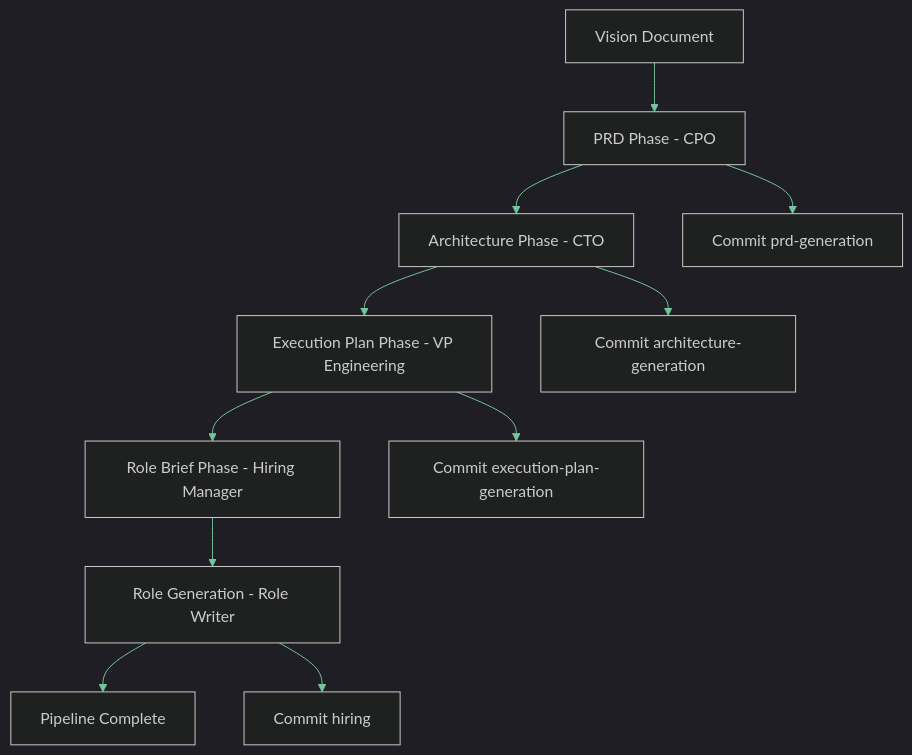
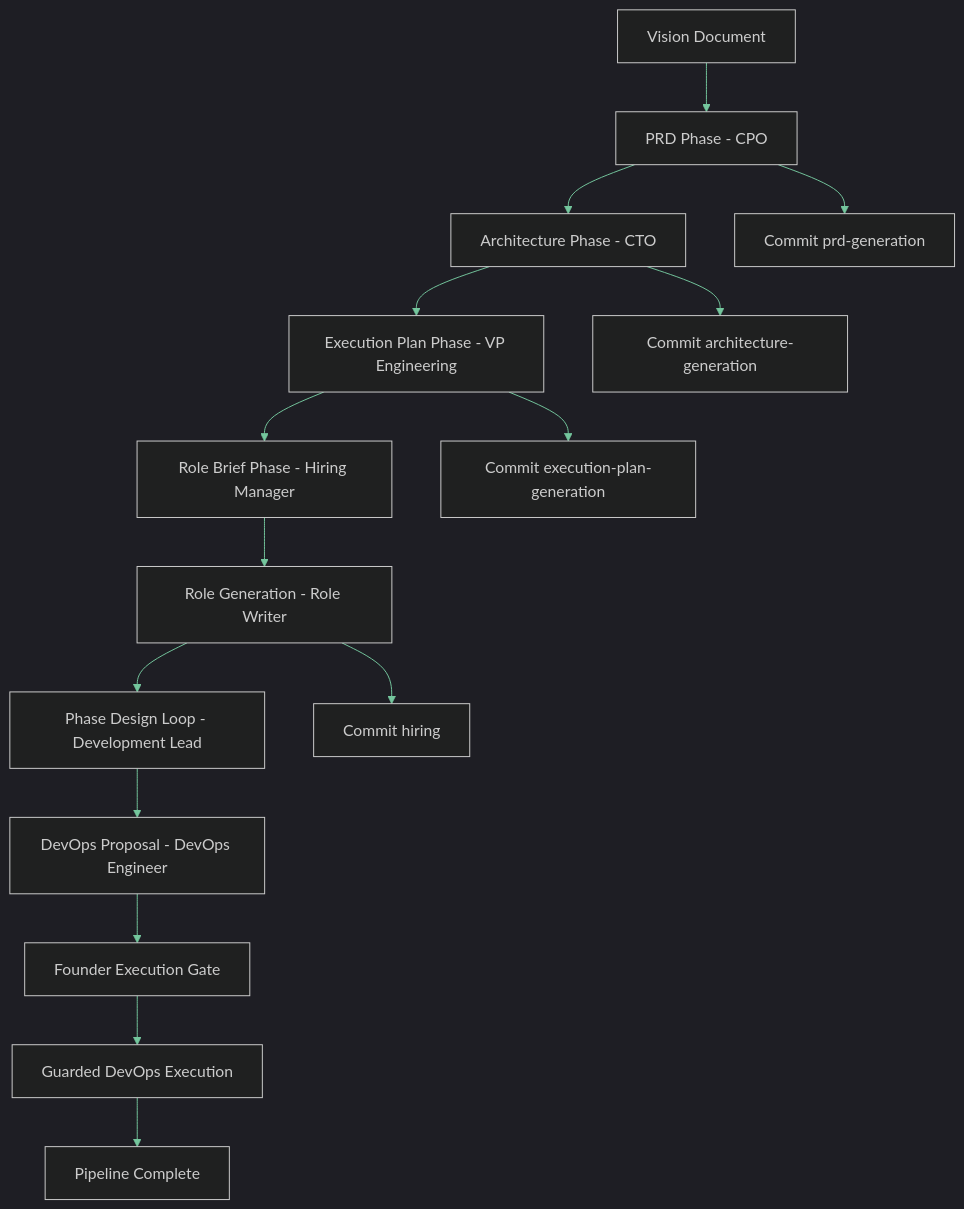
One commit to Shapedsundew9/asw changed the first of 2 diagrams in docs/user/reference/concepts.md. Above: the diagram before and after it, drawn with Mermaid. The commit also changed other lines of this file and 12 other files, not shown here.

````diff
--- a/docs/user/reference/concepts.md
+++ b/docs/user/reference/concepts.md
@@ -9,14 +9,18 @@
 ```mermaid
 %%{init: {'theme': 'dark', 'themeVariables': {'primaryColor': '#2d6a4f', 'primaryTextColor': '#d8f3dc', 'primaryBorderColor': '#52b788', 'lineColor': '#74c69d', 'secondaryColor': '#1b4332', 'tertiaryColor': '#40916c', 'edgeLabelBackground': '#1b4332'}}}%%
 graph TD
   vision[Vision Document] --> prd[PRD Phase - CPO]
   prd --> arch[Architecture Phase - CTO]
   arch --> execplan[Execution Plan Phase - VP Engineering]
   execplan --> briefs[Role Brief Phase - Hiring Manager]
   briefs --> roles[Role Generation - Role Writer]
-  roles --> done[Pipeline Complete]
+  roles --> design[Phase Design Loop - Development Lead]
+  design --> devopsProposal[DevOps Proposal - DevOps Engineer]
+  devopsProposal --> execGate[Founder Execution Gate]
+  execGate --> devopsRun[Guarded DevOps Execution]
+  devopsRun --> done[Pipeline Complete]
   prd --> commit_prd[Commit prd-generation]
   arch --> commit_arch[Commit architecture-generation]
   execplan --> commit_exec[Commit execution-plan-generation]
   roles --> commit_hiring[Commit hiring]
 ```
````
